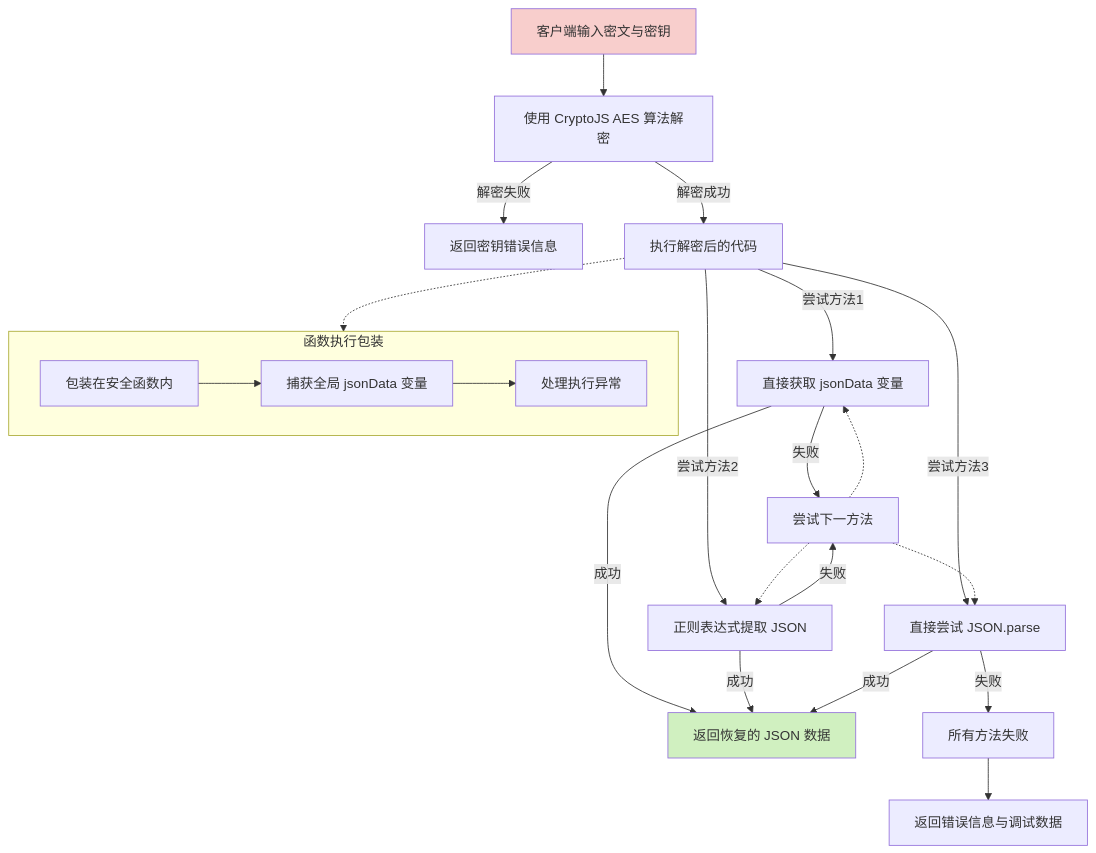
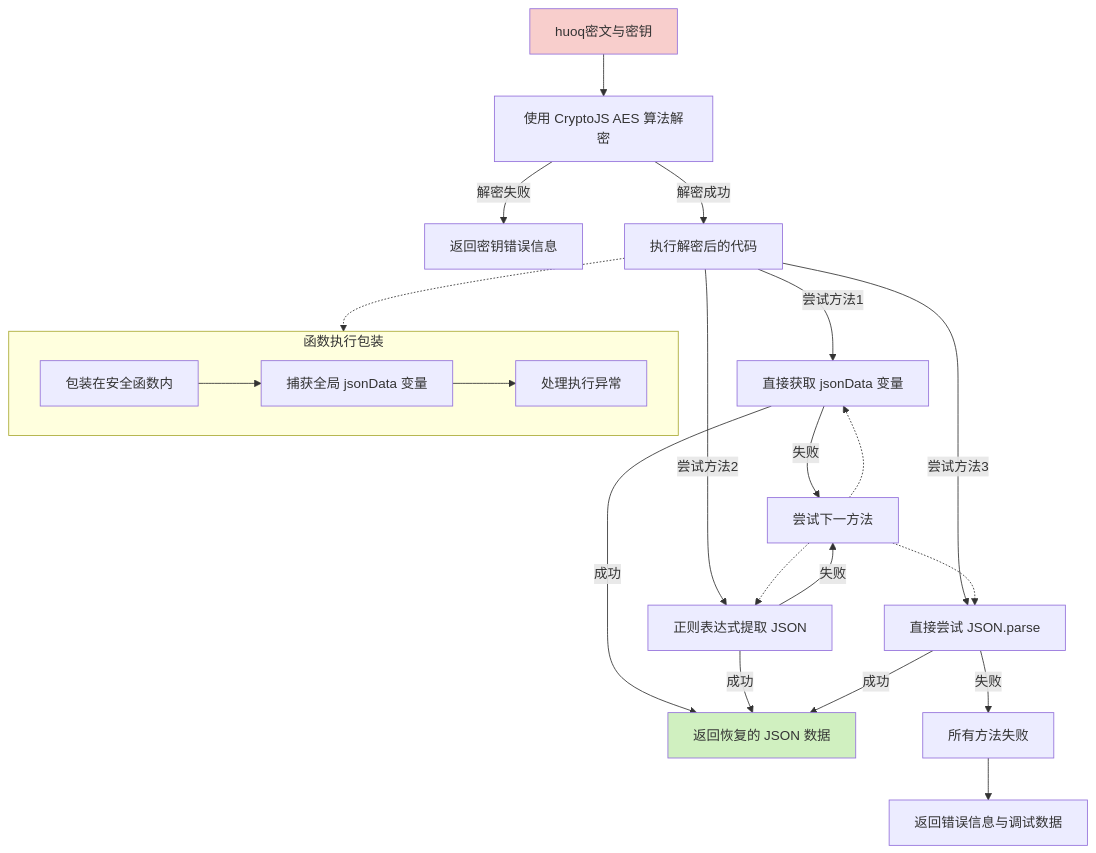
The diagram in all/未命名-42.md (yingjianzh/iodraw-files), drawn with Mermaid before and after one commit.

Commit message:
2025-04-24 17:55:25 update

````diff
--- a/all/未命名-42.md
+++ b/all/未命名-42.md
@@ -1,36 +1,36 @@
 ```mermaid
 
 flowchart TD
-    A[客户端输入密文与密钥] --> B[使用 CryptoJS AES 算法解密]
+    A[huoq密文与密钥] --> B[使用 CryptoJS AES 算法解密]
     B -->|解密失败| C[返回密钥错误信息]
     B -->|解密成功| D[执行解密后的代码]
     
     D -->|尝试方法1| E[直接获取 jsonData 变量]
     D -->|尝试方法2| F[正则表达式提取 JSON]
     D -->|尝试方法3| G[直接尝试 JSON.parse]
     
     E -->|成功| H[返回恢复的 JSON 数据]
     F -->|成功| H
     G -->|成功| H
     
     E -->|失败| I[尝试下一方法]
     F -->|失败| I
     G -->|失败| J[所有方法失败]
     
     I -.-> E
     I -.-> F
     I -.-> G
     
     J --> K[返回错误信息与调试数据]
     
     subgraph 函数执行包装
     D1[包装在安全函数内] --> D2[捕获全局 jsonData 变量]
     D2 --> D3[处理执行异常]
     end
     
     D -.-> 函数执行包装
     
     style A fill:#f8cecc
     style H fill:#d0f0c0
 
 ```
````
